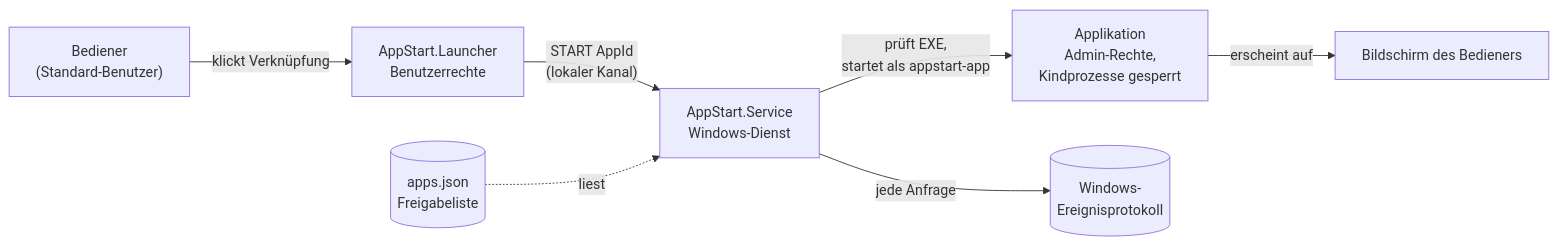
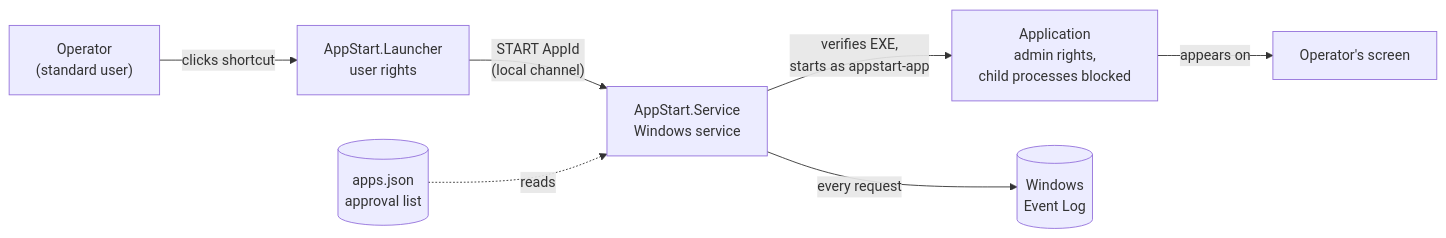
Before and after one commit to trosinde/app-launcher: the diagram in README.md, drawn with Mermaid. The commit also changed other lines of this file and 161 other files, not shown here.

````diff
--- a/README.md
+++ b/README.md
@@ -50,9 +50,9 @@
 ```mermaid
 flowchart LR
-    U["Bediener<br/>(Standard-Benutzer)"] -->|klickt Verknüpfung| L["AppStart.Launcher<br/>Benutzerrechte"]
-    L -->|"START AppId<br/>(lokaler Kanal)"| S["AppStart.Service<br/>Windows-Dienst"]
-    C[("apps.json<br/>Freigabeliste")] -.->|liest| S
-    S -->|"prüft EXE,<br/>startet als appstart-app"| A["Applikation<br/>Admin-Rechte,<br/>Kindprozesse gesperrt"]
-    A -->|erscheint auf| D["Bildschirm des Bedieners"]
-    S -->|jede Anfrage| E[("Windows-<br/>Ereignisprotokoll")]
+    U["Operator<br/>(standard user)"] -->|clicks shortcut| L["AppStart.Launcher<br/>user rights"]
+    L -->|"START AppId<br/>(local channel)"| S["AppStart.Service<br/>Windows service"]
+    C[("apps.json<br/>approval list")] -.->|reads| S
+    S -->|"verifies EXE,<br/>starts as appstart-app"| A["Application<br/>admin rights,<br/>child processes blocked"]
+    A -->|appears on| D["Operator's screen"]
+    S -->|every request| E[("Windows<br/>Event Log")]
 ```
````
